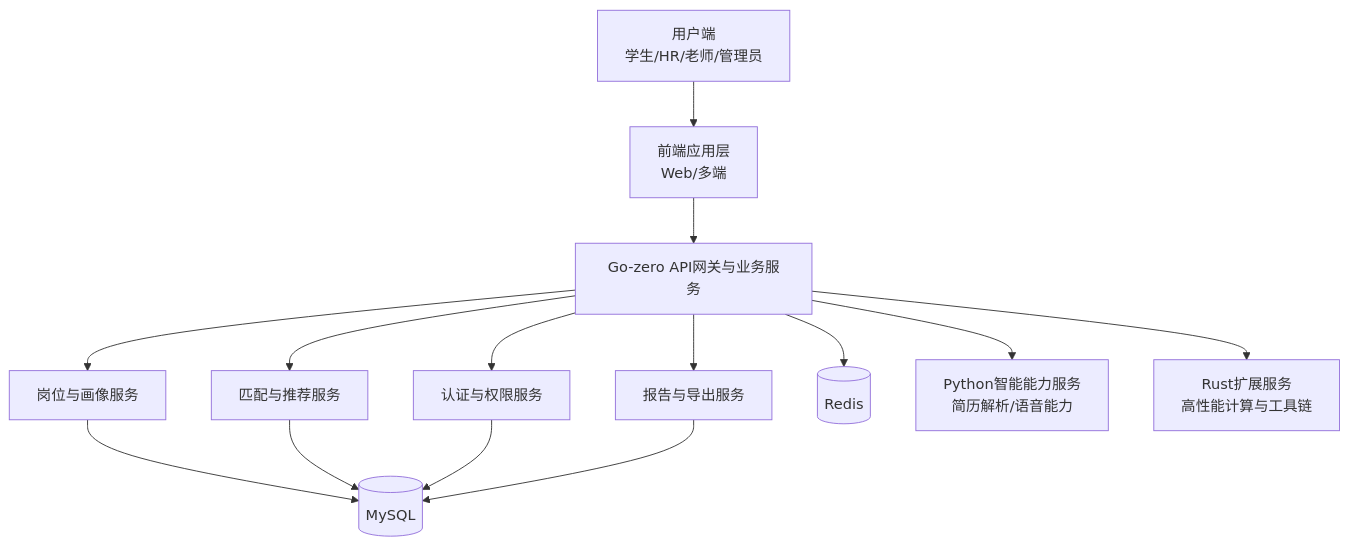
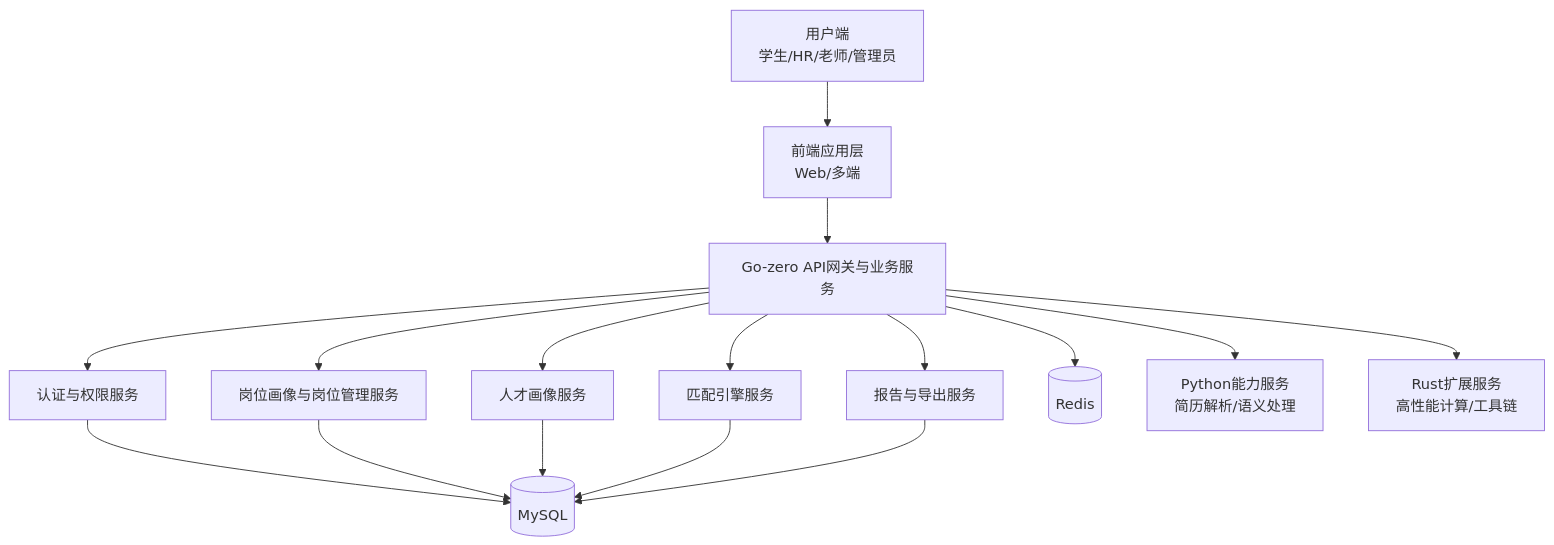
Before and after one commit to swordreforge/Job-manner-review-system: the third of 4 diagrams in docs/智能岗位评价与一体化招聘管理平台-商业计划书.md, drawn with Mermaid. The commit also changed other lines of this file, not shown here.

````diff
--- a/docs/智能岗位评价与一体化招聘管理平台-商业计划书.md
+++ b/docs/智能岗位评价与一体化招聘管理平台-商业计划书.md
@@ -137,18 +149,20 @@
 ```mermaid
 flowchart TB
     U[用户端<br/>学生/HR/老师/管理员] --> FE[前端应用层<br/>Web/多端]
     FE --> GZ[Go-zero API网关与业务服务]
     GZ --> AUTH[认证与权限服务]
-    GZ --> JOB[岗位与画像服务]
-    GZ --> MATCH[匹配与推荐服务]
+    GZ --> JOB[岗位画像与岗位管理服务]
+    GZ --> TALENT[人才画像服务]
+    GZ --> MATCH[匹配引擎服务]
     GZ --> REPORT[报告与导出服务]
 
-    JOB --> DB[(MySQL)]
+    AUTH --> DB[(MySQL)]
+    JOB --> DB
+    TALENT --> DB
     MATCH --> DB
-    AUTH --> DB
     REPORT --> DB
     GZ --> CACHE[(Redis)]
 
-    GZ --> PY[Python智能能力服务<br/>简历解析/语音能力]
-    GZ --> RS[Rust扩展服务<br/>高性能计算与工具链]
+    GZ --> PY[Python能力服务<br/>简历解析/语义处理]
+    GZ --> RS[Rust扩展服务<br/>高性能计算/工具链]
 ```
````
